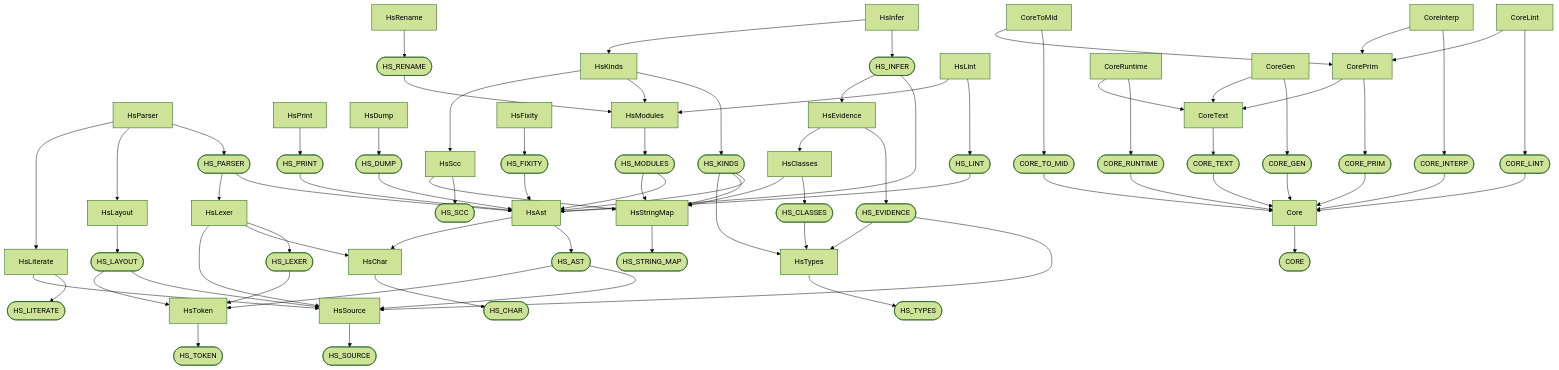
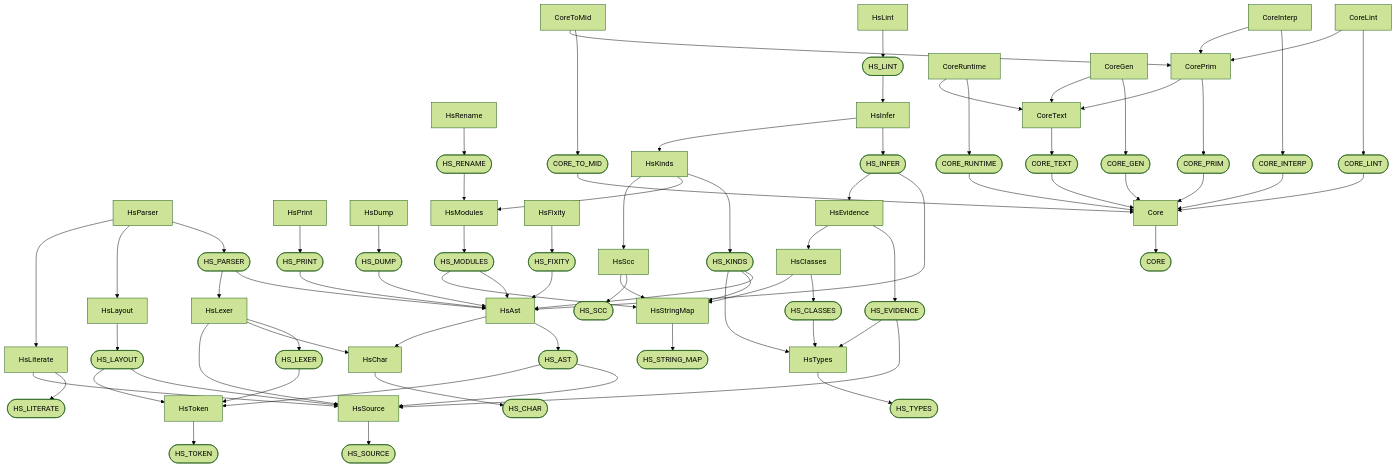
One commit to ruudkoot/rune changed the second of 2 diagrams in docs/lib/language/haskell/depends.md. Above: the diagram before and after it, drawn with Mermaid (forest theme). The commit also changed other lines of this file and 19 other files, not shown here.

```diff
--- a/docs/lib/language/haskell/depends.md
+++ b/docs/lib/language/haskell/depends.md
@@ -141,9 +141,8 @@
   n38 --> n35
   n39 --> n38
   n39 --> n37
-  n40 --> n13
+  n40 --> n39
   n41 --> n40
-  n41 --> n23
   n43 --> n42
   n44 --> n43
   n45 --> n44
```
